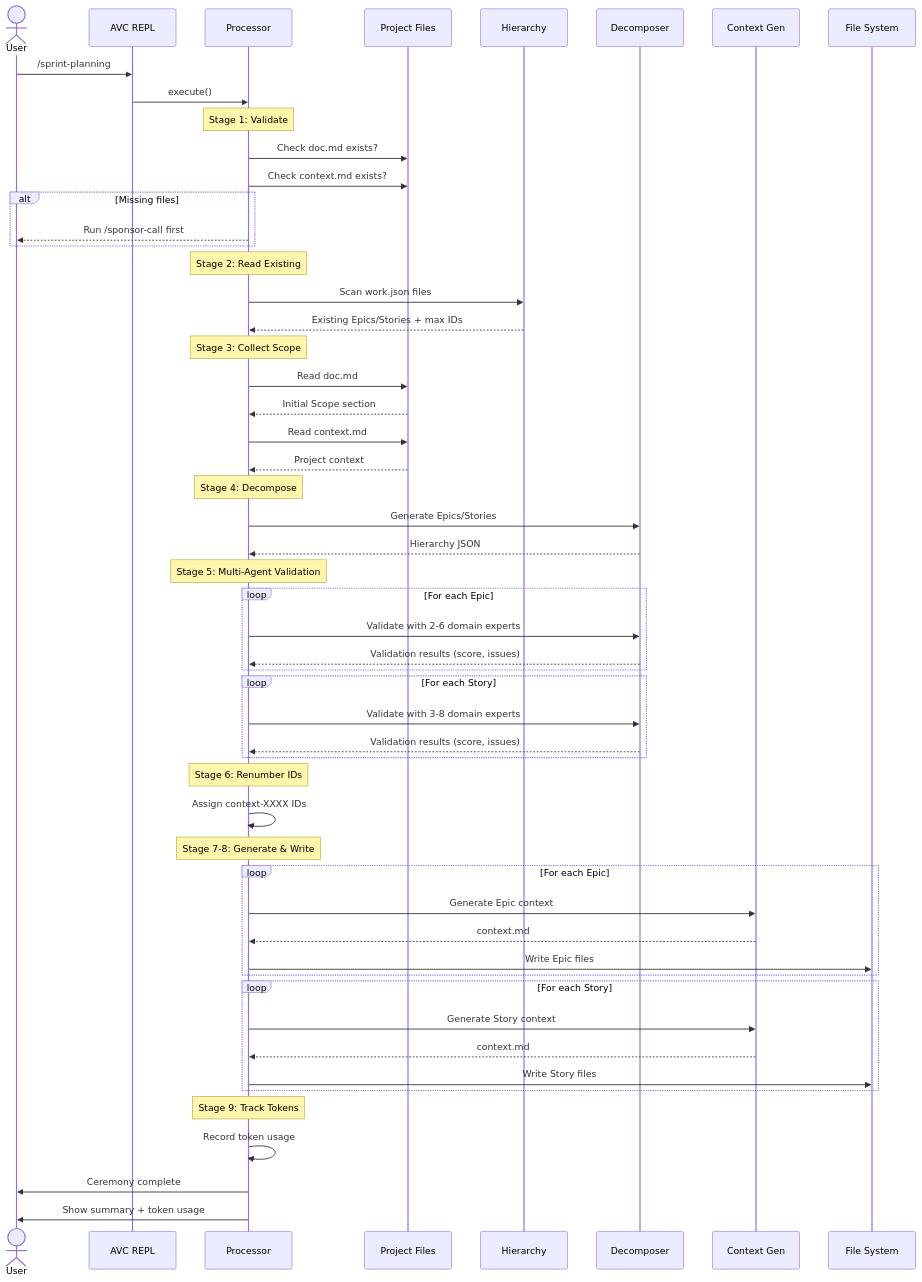
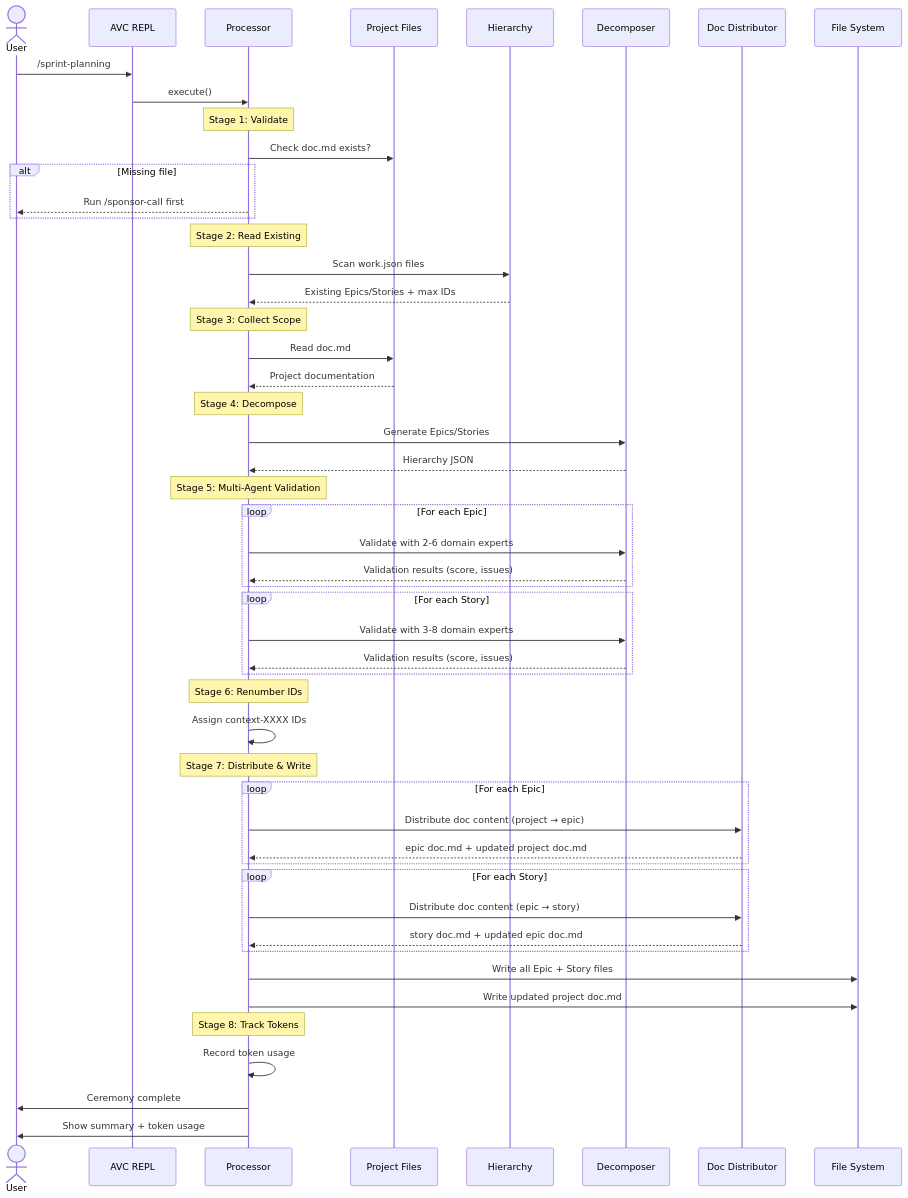
The diagram in ceremonies/sprint-planning.md (NachoColl/agilevibecoding), drawn with Mermaid before and after one commit. The commit also changed other lines of this file, not shown here.

Commit message:
docs: remove context.md references from sprint-planning ceremony docs

````diff
--- a/ceremonies/sprint-planning.md
+++ b/ceremonies/sprint-planning.md
@@ -36,67 +33,63 @@
 ```mermaid
 sequenceDiagram
     actor User
     participant REPL as AVC REPL
     participant Proc as Processor
     participant ProjFS as Project Files
     participant HierFS as Hierarchy
     participant Decomp as Decomposer
-    participant CtxGen as Context Gen
+    participant DocDist as Doc Distributor
     participant OutFS as File System
 
     User->>REPL: /sprint-planning
     REPL->>Proc: execute()
 
     Note over Proc: Stage 1: Validate
     Proc->>ProjFS: Check doc.md exists?
-    Proc->>ProjFS: Check context.md exists?
-    alt Missing files
+    alt Missing file
         Proc-->>User: Run /sponsor-call first
     end
 
     Note over Proc: Stage 2: Read Existing
     Proc->>HierFS: Scan work.json files
     HierFS-->>Proc: Existing Epics/Stories + max IDs
 
     Note over Proc: Stage 3: Collect Scope
     Proc->>ProjFS: Read doc.md
-    ProjFS-->>Proc: Initial Scope section
-    Proc->>ProjFS: Read context.md
-    ProjFS-->>Proc: Project context
+    ProjFS-->>Proc: Project documentation
 
     Note over Proc: Stage 4: Decompose
     Proc->>Decomp: Generate Epics/Stories
     Decomp-->>Proc: Hierarchy JSON
 
     Note over Proc: Stage 5: Multi-Agent Validation
     loop For each Epic
         Proc->>Decomp: Validate with 2-6 domain experts
         Decomp-->>Proc: Validation results (score, issues)
     end
     loop For each Story
         Proc->>Decomp: Validate with 3-8 domain experts
         Decomp-->>Proc: Validation results (score, issues)
     end
 
     Note over Proc: Stage 6: Renumber IDs
     Proc->>Proc: Assign context-XXXX IDs
 
-    Note over Proc: Stage 7-8: Generate & Write
+    Note over Proc: Stage 7: Distribute & Write
     loop For each Epic
-        Proc->>CtxGen: Generate Epic context
-        CtxGen-->>Proc: context.md
-        Proc->>OutFS: Write Epic files
+        Proc->>DocDist: Distribute doc content (project → epic)
+        DocDist-->>Proc: epic doc.md + updated project doc.md
     end
+    loop For each Story
+        Proc->>DocDist: Distribute doc content (epic → story)
+        DocDist-->>Proc: story doc.md + updated epic doc.md
+    end
+    Proc->>OutFS: Write all Epic + Story files
+    Proc->>OutFS: Write updated project doc.md
 
-    loop For each Story
-        Proc->>CtxGen: Generate Story context
-        CtxGen-->>Proc: context.md
-        Proc->>OutFS: Write Story files
-    end
-
-    Note over Proc: Stage 9: Track Tokens
+    Note over Proc: Stage 8: Track Tokens
     Proc->>Proc: Record token usage
 
     Proc->>User: Ceremony complete
     Proc->>User: Show summary + token usage
 ```
````
